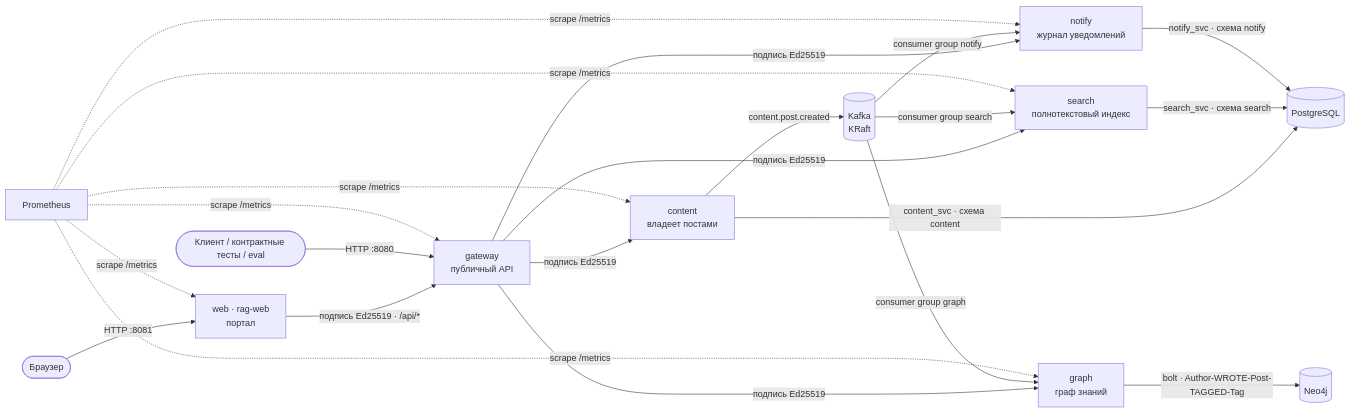
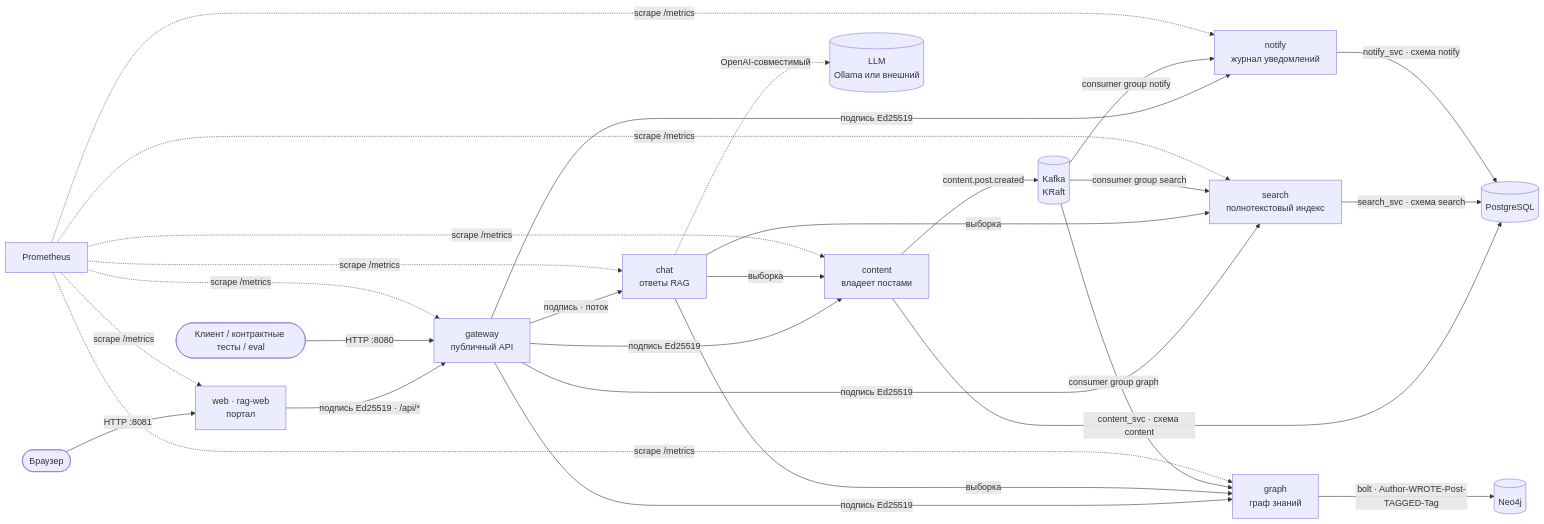
Before and after one commit to armdev/harness-template: the fourth of 5 diagrams in docs/ru/04-architecture.md, drawn with Mermaid. The commit also changed other lines of this file and 33 other files, not shown here.

````diff
--- a/docs/ru/04-architecture.md
+++ b/docs/ru/04-architecture.md
@@ -92,19 +92,22 @@
 ```mermaid
 flowchart LR
     browser(["Браузер"]) -->|"HTTP :8081"| web["web · rag-web<br/>портал"]
     web -->|"подпись Ed25519 · /api/*"| gw
     client(["Клиент / контрактные тесты / eval"]) -->|"HTTP :8080"| gw["gateway<br/>публичный API"]
     gw -->|"подпись Ed25519"| content["content<br/>владеет постами"]
     gw -->|"подпись Ed25519"| search["search<br/>полнотекстовый индекс"]
     gw -->|"подпись Ed25519"| notify["notify<br/>журнал уведомлений"]
     gw -->|"подпись Ed25519"| kg["graph<br/>граф знаний"]
+    gw -->|"подпись · поток"| chat["chat<br/>ответы RAG"]
+    chat -->|"выборка"| search & kg & content
+    chat -.->|"OpenAI-совместимый"| llm[("LLM<br/>Ollama или внешний")]
     content -->|content.post.created| kafka[("Kafka<br/>KRaft")]
     kafka -->|"consumer group search"| search
     kafka -->|"consumer group notify"| notify
     kafka -->|"consumer group graph"| kg
     content -->|"content_svc · схема content"| pg[(PostgreSQL)]
     search -->|"search_svc · схема search"| pg
     notify -->|"notify_svc · схема notify"| pg
     kg -->|"bolt · Author-WROTE-Post-TAGGED-Tag"| neo[(Neo4j)]
-    prom[Prometheus] -.->|"scrape /metrics"| web & gw & content & search & notify & kg
+    prom[Prometheus] -.->|"scrape /metrics"| web & gw & content & search & notify & kg & chat
 ```
````
